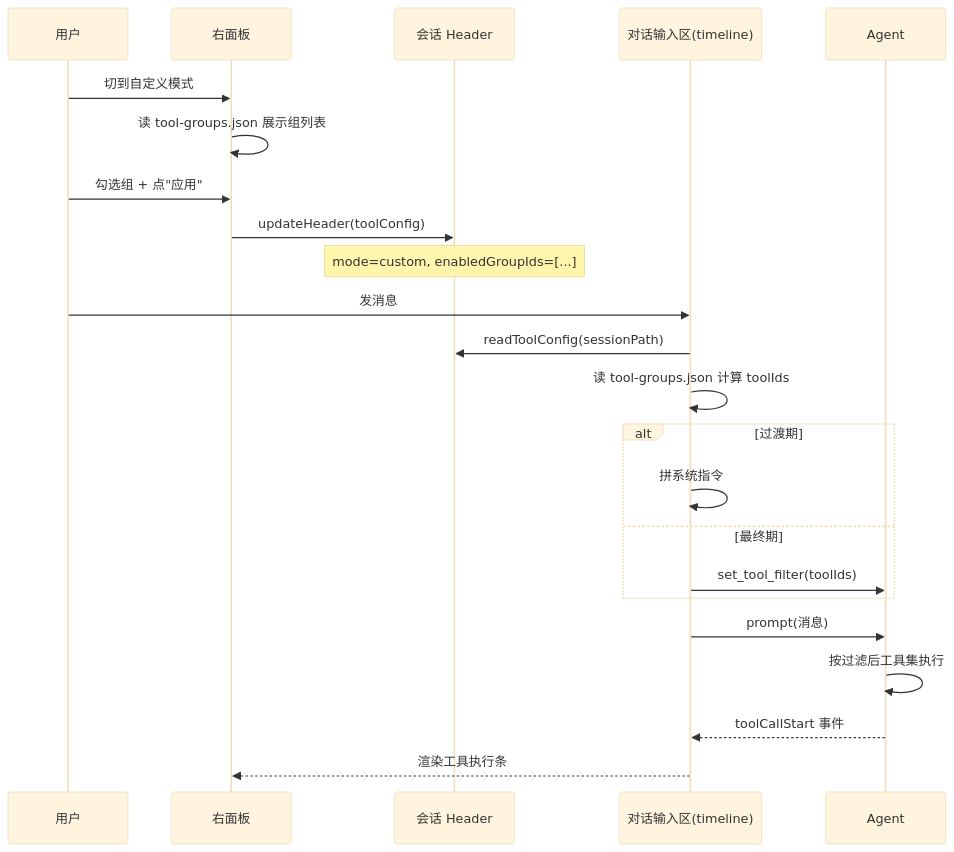
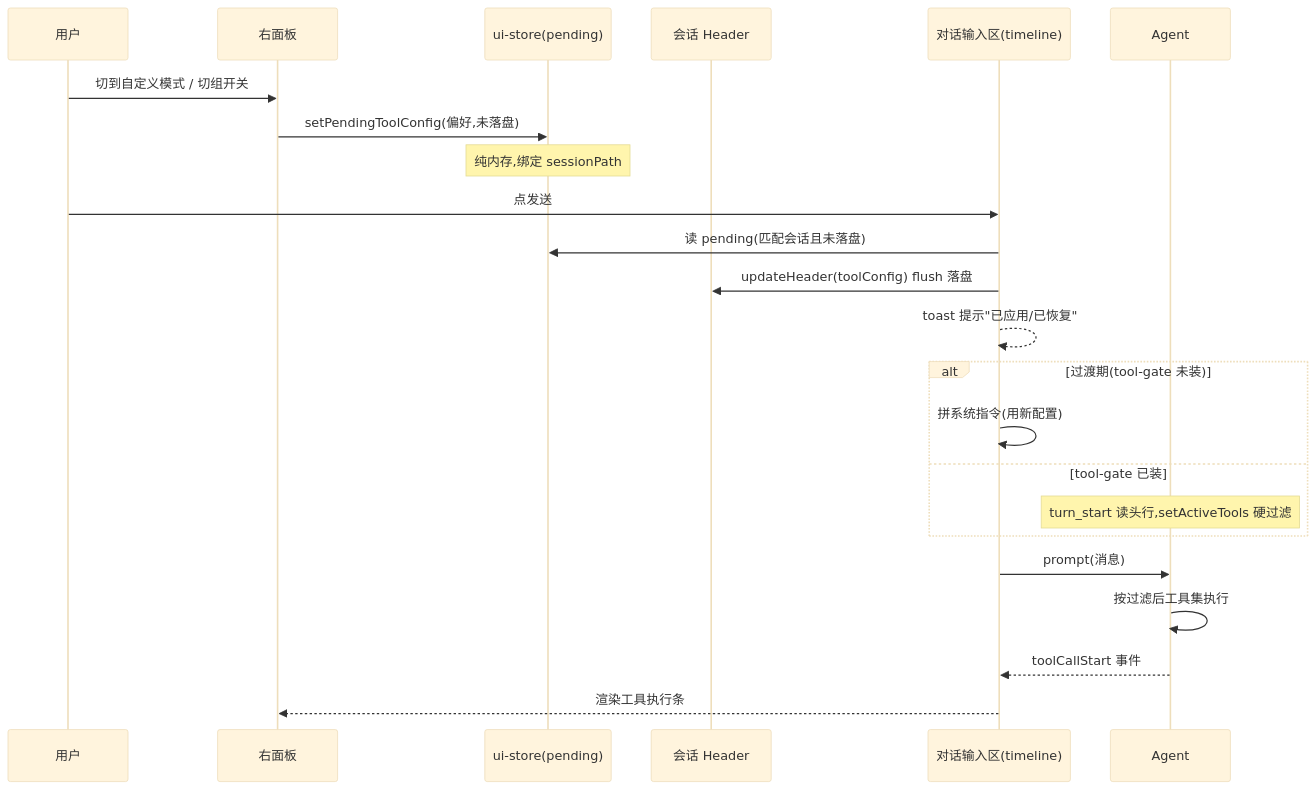
The second of 2 diagrams in docs/design/tool-manager-design.md (GOODDAYDAY/my-harness-desktop), drawn with Mermaid (base theme) before and after one commit. The commit also changed other lines of this file and 13 other files, not shown here.

First line of the commit message:
feat(tool-manager): 工具过滤 onSend 化——开关只写内存偏好,send() 才 flush 落盘 + toast

````diff
--- a/docs/design/tool-manager-design.md
+++ b/docs/design/tool-manager-design.md
@@ -464,26 +467,26 @@
 ```mermaid
 sequenceDiagram
     participant U as 用户
     participant R as 右面板
+    participant S as ui-store(pending)
     participant H as 会话 Header
     participant P as 对话输入区(timeline)
     participant A as Agent
 
-    U->>R: 切到自定义模式
-    R->>R: 读 tool-groups.json 展示组列表
-    U->>R: 勾选组 + 点"应用"
-    R->>H: updateHeader(toolConfig)
-    Note over H: mode=custom, enabledGroupIds=[...]
-    U->>P: 发消息
-    P->>H: readToolConfig(sessionPath)
-    P->>P: 读 tool-groups.json 计算 toolIds
-    alt 过渡期
-        P->>P: 拼系统指令
-    else 最终期
-        P->>A: set_tool_filter(toolIds)
+    U->>R: 切到自定义模式 / 切组开关
+    R->>S: setPendingToolConfig(偏好,未落盘)
+    Note over S: 纯内存,绑定 sessionPath
+    U->>P: 点发送
+    P->>S: 读 pending(匹配会话且未落盘)
+    P->>H: updateHeader(toolConfig) flush 落盘
+    P-->>P: toast 提示"已应用/已恢复"
+    alt 过渡期(tool-gate 未装)
+        P->>P: 拼系统指令(用新配置)
+    else tool-gate 已装
+        Note over A: turn_start 读头行,setActiveTools 硬过滤
     end
     P->>A: prompt(消息)
     A->>A: 按过滤后工具集执行
     A-->>P: toolCallStart 事件
     P-->>R: 渲染工具执行条
 ```
````
